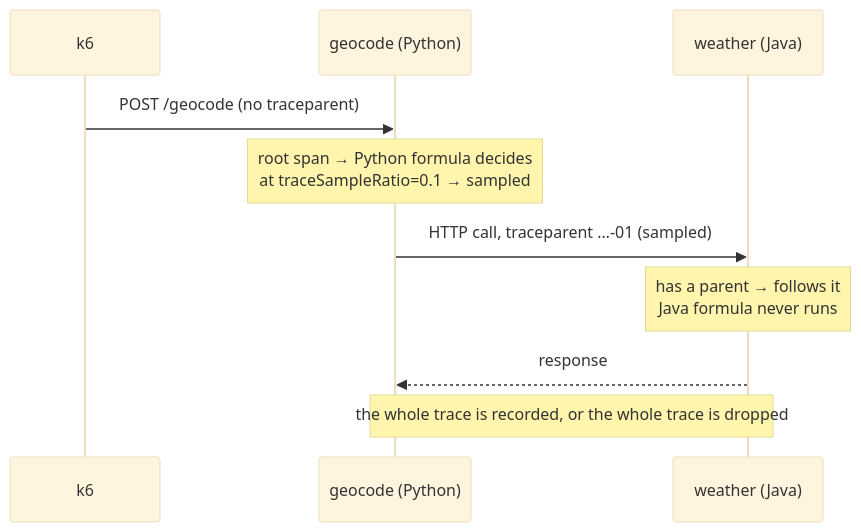
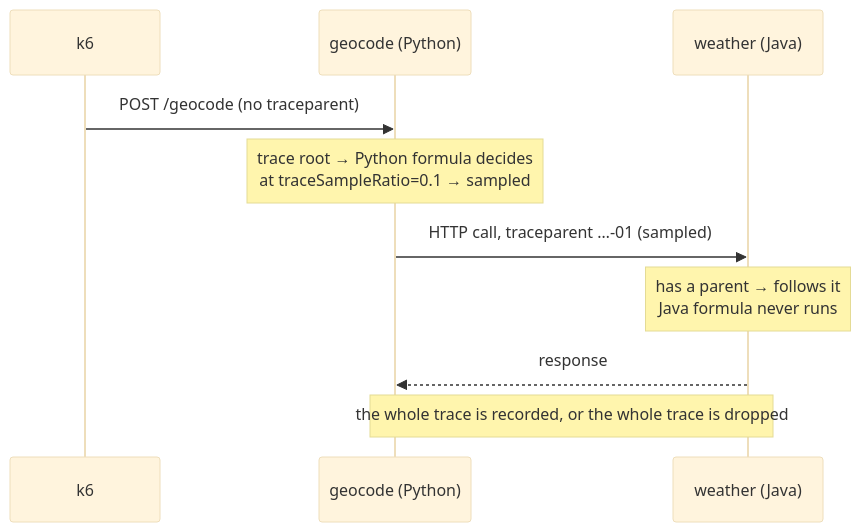
The second of 3 diagrams in docs/spec/ratio-parity.md (OTelFeature/poc), drawn with Mermaid (base theme) before and after one commit. The commit also changed 6 other files, not shown here.

First line of the commit message:
docs(spec): OQ-11 trace root, OQ-13 no bound (Simon, 2026-10-16)

````diff
--- a/docs/spec/ratio-parity.md
+++ b/docs/spec/ratio-parity.md
@@ -34,12 +34,12 @@
 ```mermaid
 sequenceDiagram
     participant K as k6
     participant G as geocode (Python)
     participant W as weather (Java)
     K->>G: POST /geocode (no traceparent)
-    Note over G: root span → Python formula decides<br/>at traceSampleRatio=0.1 → sampled
+    Note over G: trace root → Python formula decides<br/>at traceSampleRatio=0.1 → sampled
     G->>W: HTTP call, traceparent …-01 (sampled)
     Note over W: has a parent → follows it<br/>Java formula never runs
     W-->>G: response
     Note over G,W: the whole trace is recorded, or the whole trace is dropped
 ```
````
